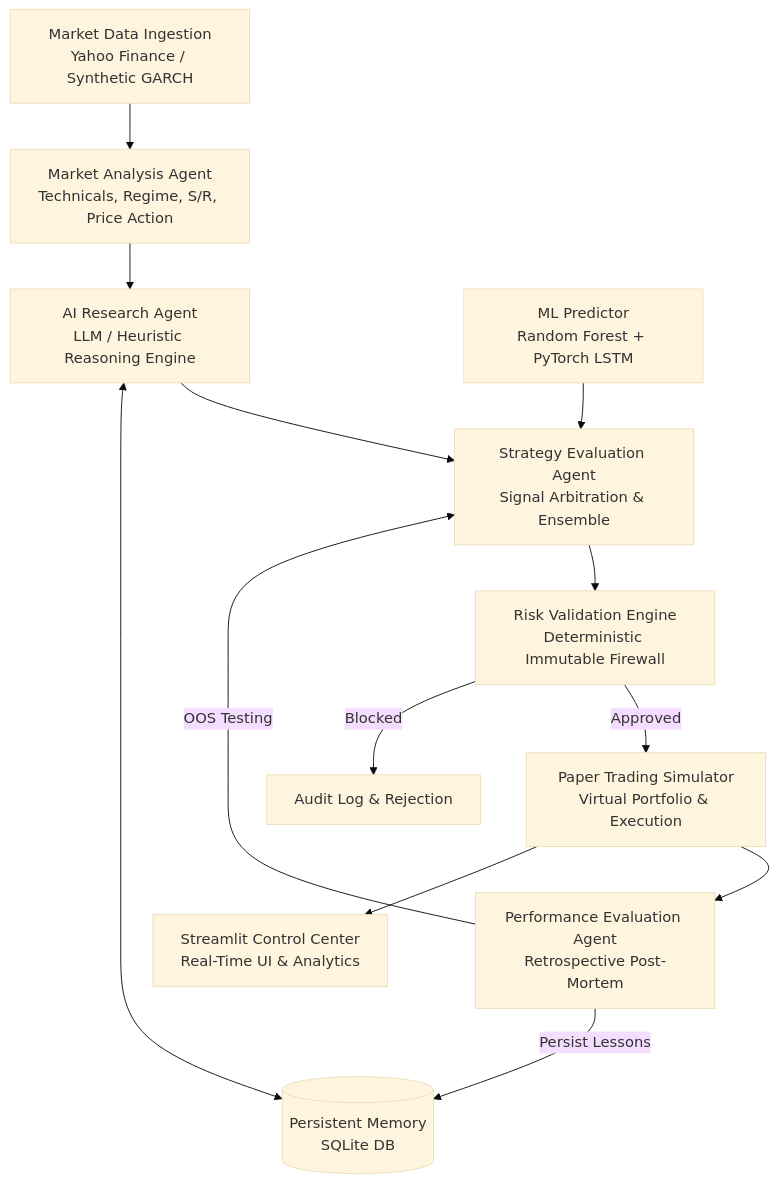
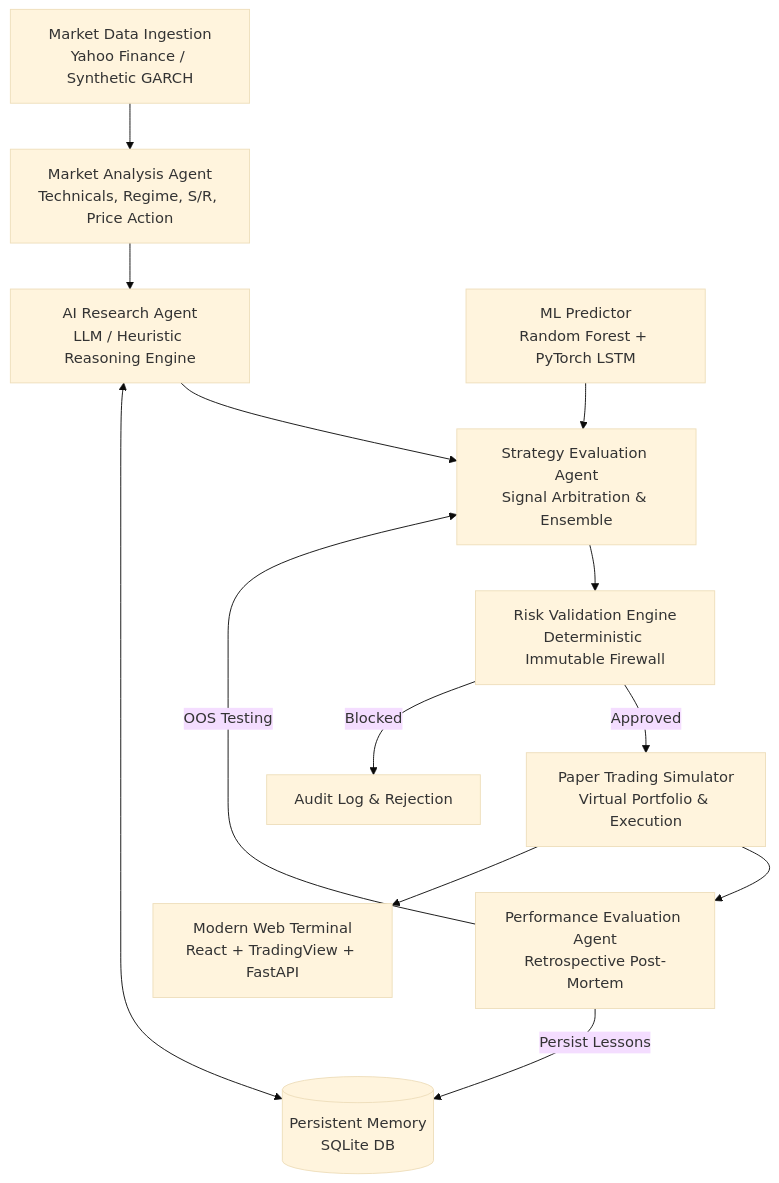
One commit to naveen-jkv/trade-bot changed the diagram in README.md. Above: the diagram before and after it, drawn with Mermaid (base theme). The commit also changed other lines of this file and 20 other files, not shown here.

Commit message:
Add Modern Web Terminal: FastAPI backend with React, Vite & TradingView Lightweight Charts

````diff
--- a/README.md
+++ b/README.md
@@ -11,15 +11,15 @@
 ```mermaid
 flowchart TD
     MD[Market Data Ingestion\nYahoo Finance / Synthetic GARCH] --> MAA[Market Analysis Agent\nTechnicals, Regime, S/R, Price Action]
     MAA --> ARA[AI Research Agent\nLLM / Heuristic Reasoning Engine]
     MEM[(Persistent Memory\nSQLite DB)] <--> ARA
     ARA --> SEA[Strategy Evaluation Agent\nSignal Arbitration & Ensemble]
     PRED[ML Predictor\nRandom Forest + PyTorch LSTM] --> SEA
     SEA --> RVE[Risk Validation Engine\nDeterministic Immutable Firewall]
     RVE -->|Approved| PTS[Paper Trading Simulator\nVirtual Portfolio & Execution]
     RVE -->|Blocked| LOG[Audit Log & Rejection]
     PTS --> PEA[Performance Evaluation Agent\nRetrospective Post-Mortem]
     PEA -->|Persist Lessons| MEM
     PEA -->|OOS Testing| SEA
-    PTS --> DASH[Streamlit Control Center\nReal-Time UI & Analytics]
+    PTS --> TERM[Modern Web Terminal\nReact + TradingView + FastAPI]
 ```
````
